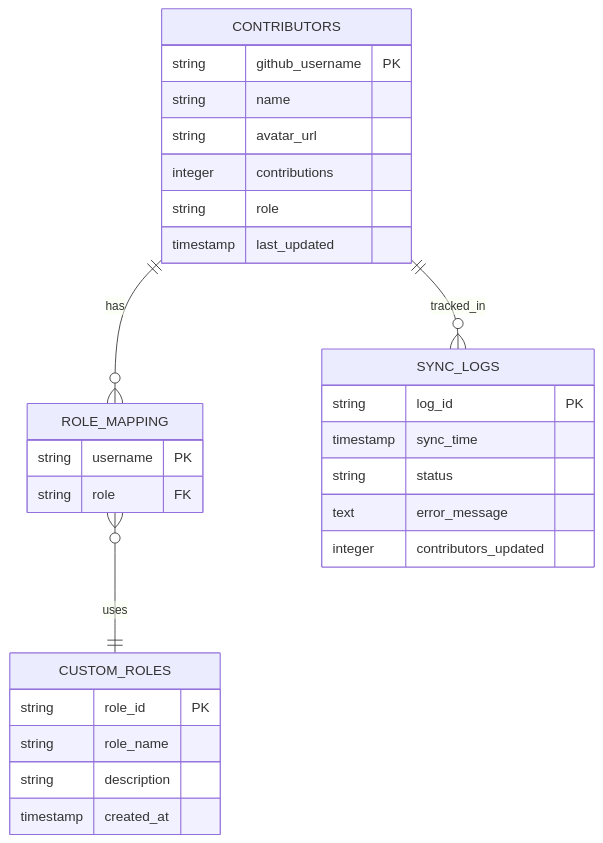
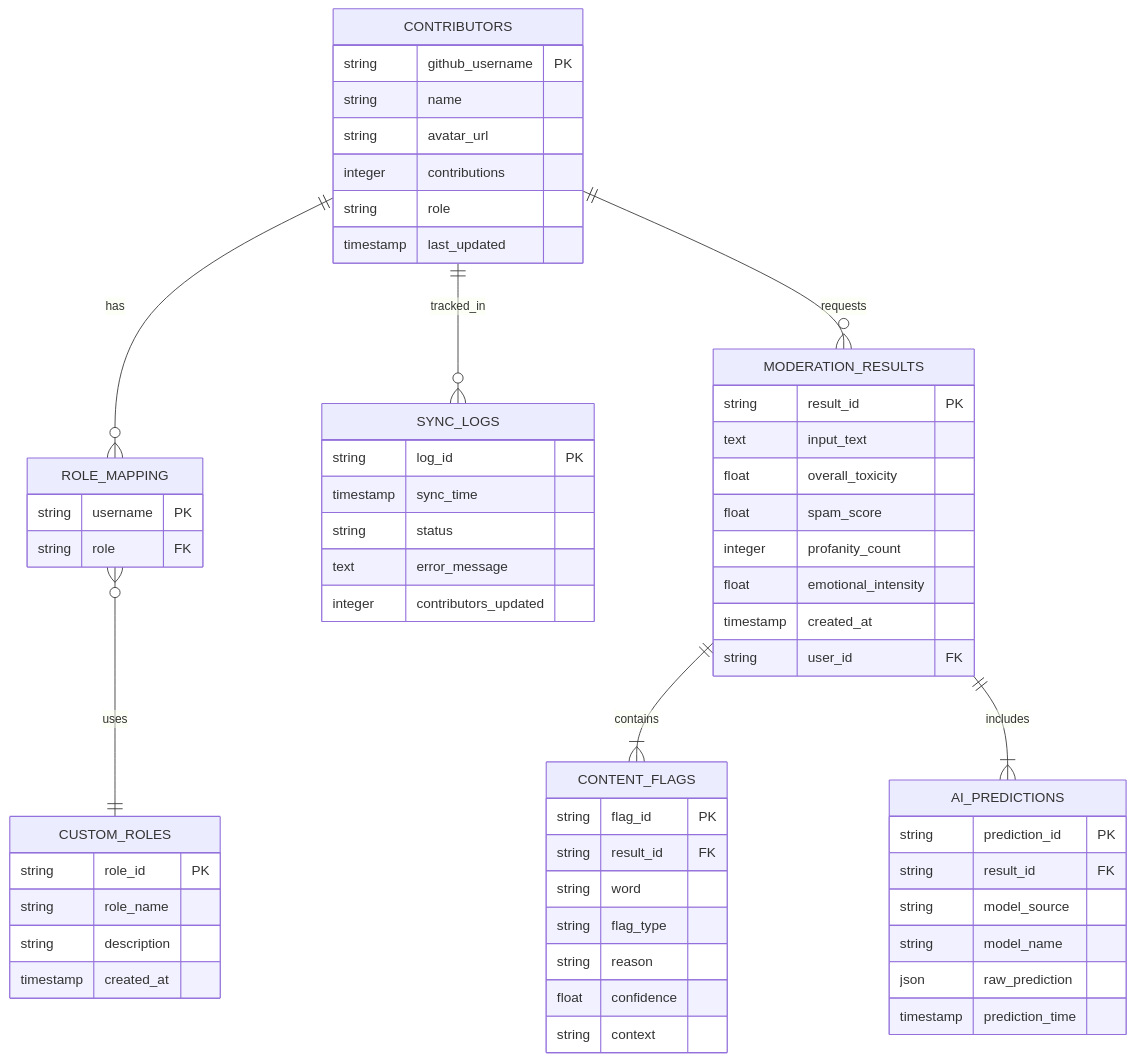
The second of 4 diagrams in README.md (nathan-myers/Maverick-AI), drawn with Mermaid before and after one commit. The commit also changed other lines of this file, not shown here.

````diff
--- a/README.md
+++ b/README.md
@@ -121,35 +142,68 @@
 ```mermaid
 erDiagram
     CONTRIBUTORS {
         string github_username PK
         string name
         string avatar_url
         integer contributions
         string role
         timestamp last_updated
     }
 
     ROLE_MAPPING {
         string username PK
         string role FK
     }
 
     CUSTOM_ROLES {
         string role_id PK
         string role_name
         string description
         timestamp created_at
     }
 
     SYNC_LOGS {
         string log_id PK
         timestamp sync_time
         string status
         text error_message
         integer contributors_updated
     }
 
+    MODERATION_RESULTS {
+        string result_id PK
+        text input_text
+        float overall_toxicity
+        float spam_score
+        integer profanity_count
+        float emotional_intensity
+        timestamp created_at
+        string user_id FK
+    }
+
+    CONTENT_FLAGS {
+        string flag_id PK
+        string result_id FK
+        string word
+        string flag_type
+        string reason
+        float confidence
+        string context
+    }
+
+    AI_PREDICTIONS {
+        string prediction_id PK
+        string result_id FK
+        string model_source
+        string model_name
+        json raw_prediction
+        timestamp prediction_time
+    }
+
     CONTRIBUTORS ||--o{ ROLE_MAPPING : has
     ROLE_MAPPING }o--|| CUSTOM_ROLES : uses
     CONTRIBUTORS ||--o{ SYNC_LOGS : tracked_in
+    MODERATION_RESULTS ||--|{ CONTENT_FLAGS : contains
+    MODERATION_RESULTS ||--|{ AI_PREDICTIONS : includes
+    CONTRIBUTORS ||--o{ MODERATION_RESULTS : requests
 ```
````
